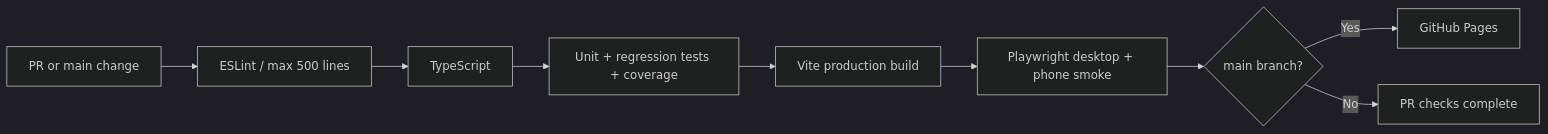
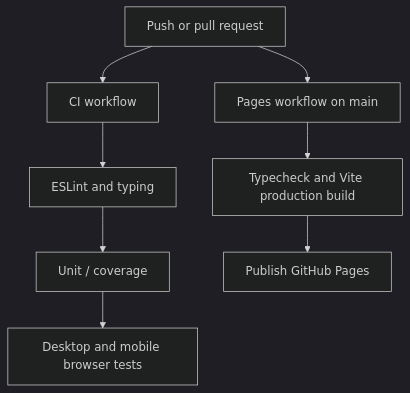
The diagram in docs/TESTING.md (MauriceCraft/MauriceCraft), drawn with Mermaid (dark theme) before and after one commit. The commit also changed other lines of this file and 3 other files, not shown here.

First line of the commit message:
docs(architecture): give Maurice an accurate module map and testing path

````diff
--- a/docs/TESTING.md
+++ b/docs/TESTING.md
@@ -23,11 +31,10 @@
 ```mermaid
-flowchart LR
-    Push["PR or main change"] --> Lint["ESLint / max 500 lines"]
-    Lint --> Types["TypeScript"]
-    Types --> Unit["Unit + regression tests + coverage"]
-    Unit --> Build["Vite production build"]
-    Build --> Browser["Playwright desktop + phone smoke"]
-    Browser --> Gate{"main branch?"}
-    Gate -- Yes --> Pages["GitHub Pages"]
-    Gate -- No --> End["PR checks complete"]
+flowchart TD
+    Change["Push or pull request"] --> CI["CI workflow"]
+    Change --> Pages["Pages workflow on main"]
+    CI --> Lint["ESLint and typing"]
+    Lint --> Unit["Unit / coverage"]
+    Unit --> Browser["Desktop and mobile browser tests"]
+    Pages --> Build["Typecheck and Vite production build"]
+    Build --> Publish["Publish GitHub Pages"]
 ```
````
